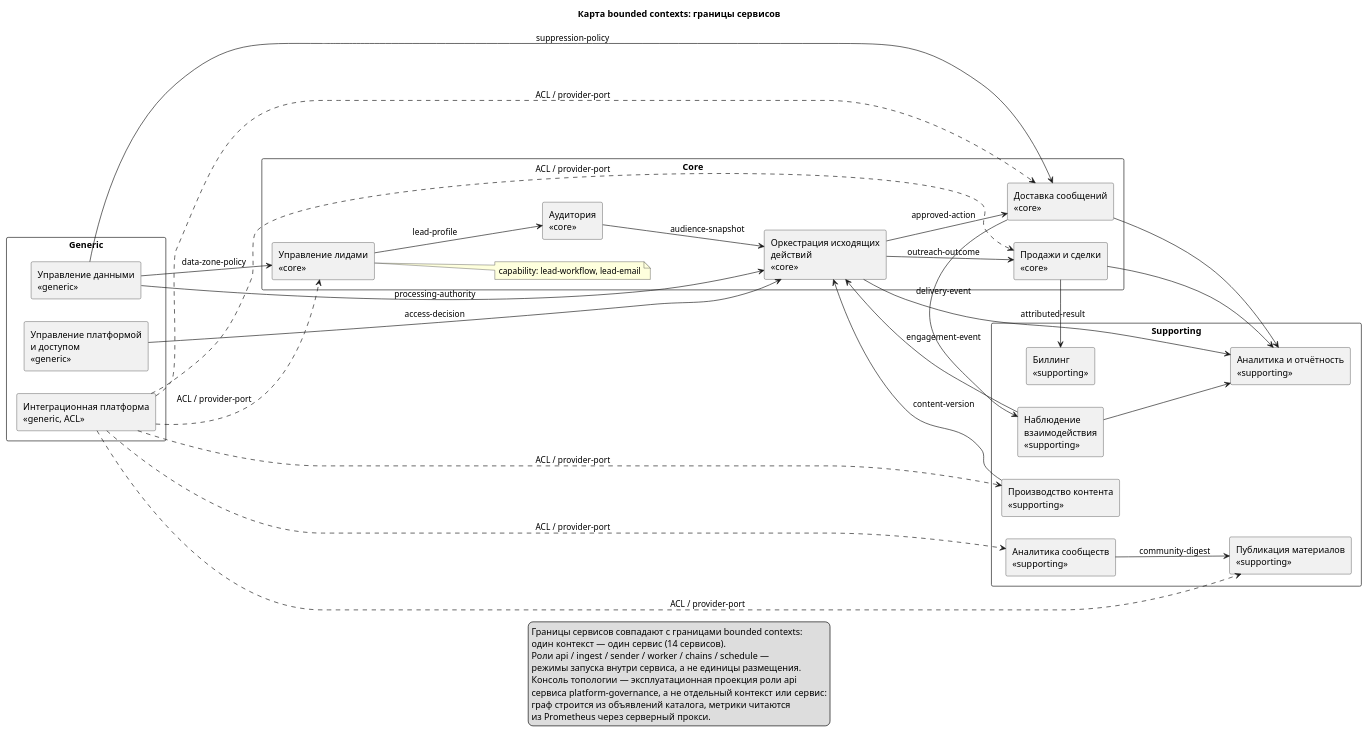
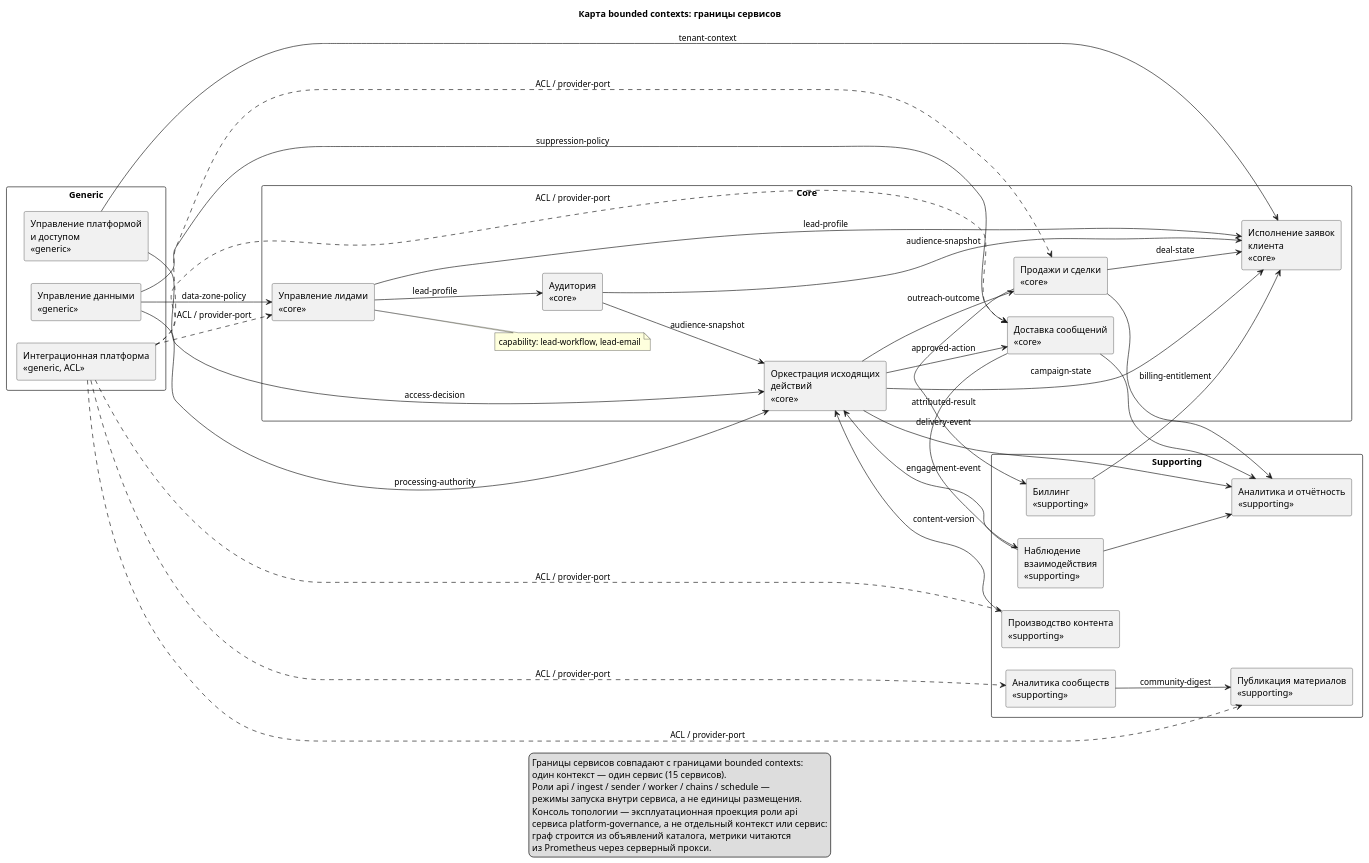
One commit to kegazani/lead-gen changed the diagram in architecture/diagrams/bounded-context-map.puml. Above: the diagram before and after it, drawn with PlantUML. The commit also changed 286 other files, not shown here.

```diff
--- a/architecture/diagrams/bounded-context-map.puml
+++ b/architecture/diagrams/bounded-context-map.puml
@@ -1,81 +1,89 @@
 @startuml bounded-context-map
 title Карта bounded contexts: границы сервисов
 left to right direction
 skinparam componentStyle rectangle
 skinparam packageStyle rectangle
 skinparam shadowing false
 
 package "Generic" {
   rectangle "Управление платформой\nи доступом\n<<generic>>" as Platform
   rectangle "Управление данными\n<<generic>>" as Governance
   rectangle "Интеграционная платформа\n<<generic, ACL>>" as Integration
 }
 package "Core" {
   rectangle "Управление лидами\n<<core>>" as Leads
   note right of Leads
     capability: lead-workflow, lead-email
   end note
   rectangle "Аудитория\n<<core>>" as Audience
   rectangle "Оркестрация исходящих\nдействий\n<<core>>" as Outreach
   rectangle "Доставка сообщений\n<<core>>" as Delivery
   rectangle "Продажи и сделки\n<<core>>" as Sales
+  rectangle "Исполнение заявок\nклиента\n<<core>>" as Requests
 }
 package "Supporting" {
   rectangle "Производство контента\n<<supporting>>" as Content
   rectangle "Наблюдение\nвзаимодействия\n<<supporting>>" as Engagement
   rectangle "Аналитика сообществ\n<<supporting>>" as Community
   rectangle "Публикация материалов\n<<supporting>>" as Publishing
   rectangle "Аналитика и отчётность\n<<supporting>>" as Analytics
   rectangle "Биллинг\n<<supporting>>" as Billing
 }
 
 Governance --> Leads : data-zone-policy
 Governance --> Outreach : processing-authority
 Governance --> Delivery : suppression-policy
 Platform --> Outreach : access-decision
+Platform --> Requests : tenant-context
 Leads --> Audience : lead-profile
+Leads --> Requests : lead-profile
 Audience --> Outreach : audience-snapshot
+Audience --> Requests : audience-snapshot
 Content --> Outreach : content-version
 Outreach --> Delivery : approved-action
 Delivery --> Engagement : delivery-event
 Engagement --> Outreach : engagement-event
 Outreach --> Sales : outreach-outcome
 Sales --> Billing : attributed-result
+Outreach --> Requests : campaign-state
+Sales --> Requests : deal-state
+Billing --> Requests : billing-entitlement
 Community --> Publishing : community-digest
 Outreach --> Analytics
 Delivery --> Analytics
 Engagement --> Analytics
 Sales --> Analytics
 Integration ..> Leads : ACL / provider-port
 Integration ..> Content : ACL / provider-port
 Integration ..> Delivery : ACL / provider-port
 Integration ..> Sales : ACL / provider-port
 Integration ..> Community : ACL / provider-port
 Integration ..> Publishing : ACL / provider-port
 
 legend bottom
   Границы сервисов совпадают с границами bounded contexts:
-  один контекст — один сервис (14 сервисов).
+  один контекст — один сервис (15 сервисов).
   Роли api / ingest / sender / worker / chains / schedule —
   режимы запуска внутри сервиса, а не единицы размещения.
   Консоль топологии — эксплуатационная проекция роли api
   сервиса platform-governance, а не отдельный контекст или сервис:
   граф строится из объявлений каталога, метрики читаются
   из Prometheus через серверный прокси.
 endlegend
 
 ' CTX:platform-governance
 ' CTX:data-governance
 ' CTX:lead-management
 ' CTX:audience
 ' CTX:content-production
 ' CTX:outreach-orchestration
 ' CTX:message-delivery
 ' CTX:engagement-observation
 ' CTX:sales-workflow
 ' CTX:community-intelligence
 ' CTX:publishing
 ' CTX:analytics
 ' CTX:billing
 ' CTX:integration-platform
+' CTX:request-fulfillment
 @enduml
```
